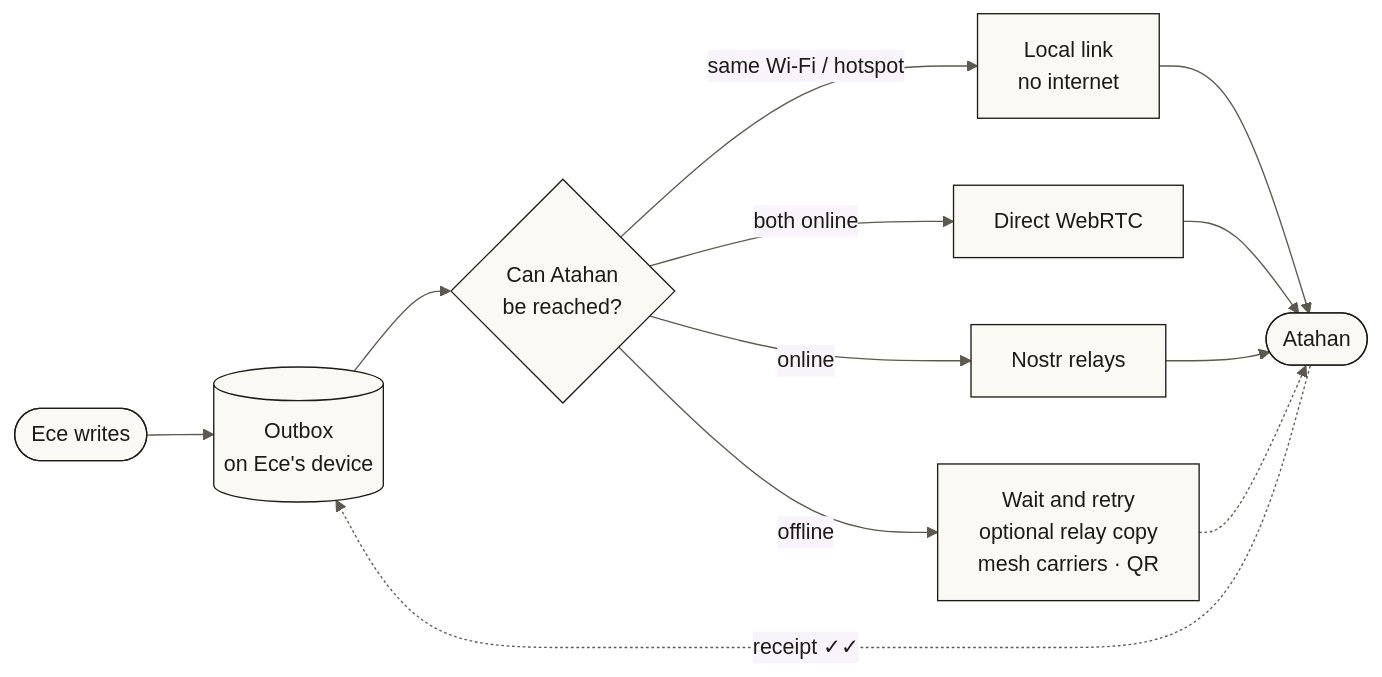
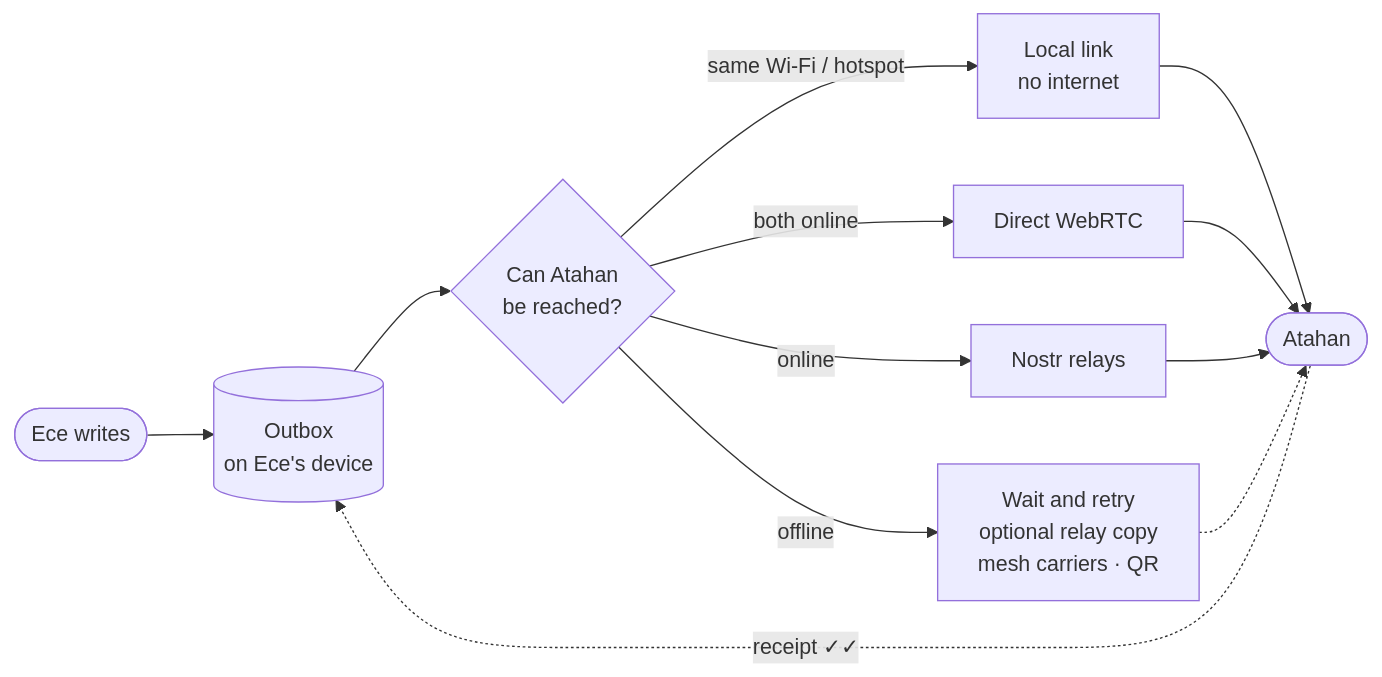
Before and after one commit to erdinckaya97/ulak: the first of 3 diagrams in README.md, drawn with Mermaid. The commit also changed other lines of this file, not shown here.

Commit message:
Let GitHub theme the README diagrams for light and dark mode

````diff
--- a/README.md
+++ b/README.md
@@ -103,15 +103,14 @@
 ```mermaid
-%%{init: {'theme':'base','themeVariables':{'primaryColor':'#fbf9f4','primaryTextColor':'#1c1b17','primaryBorderColor':'#1c1b17','lineColor':'#5d594f','tertiaryColor':'#f3efe6'}}}%%
 flowchart LR
   E([Ece writes]) --> O[(Outbox<br/>on Ece's device)]
   O --> Q{Can Atahan<br/>be reached?}
   Q -- same Wi-Fi / hotspot --> L[Local link<br/>no internet]
   Q -- both online --> P[Direct WebRTC]
   Q -- online --> R[Nostr relays]
   Q -- offline --> W[Wait and retry<br/>optional relay copy<br/>mesh carriers · QR]
   L --> A([Atahan])
   P --> A
   R --> A
   W -.-> A
   A -. receipt ✓✓ .-> O
 ```
````
